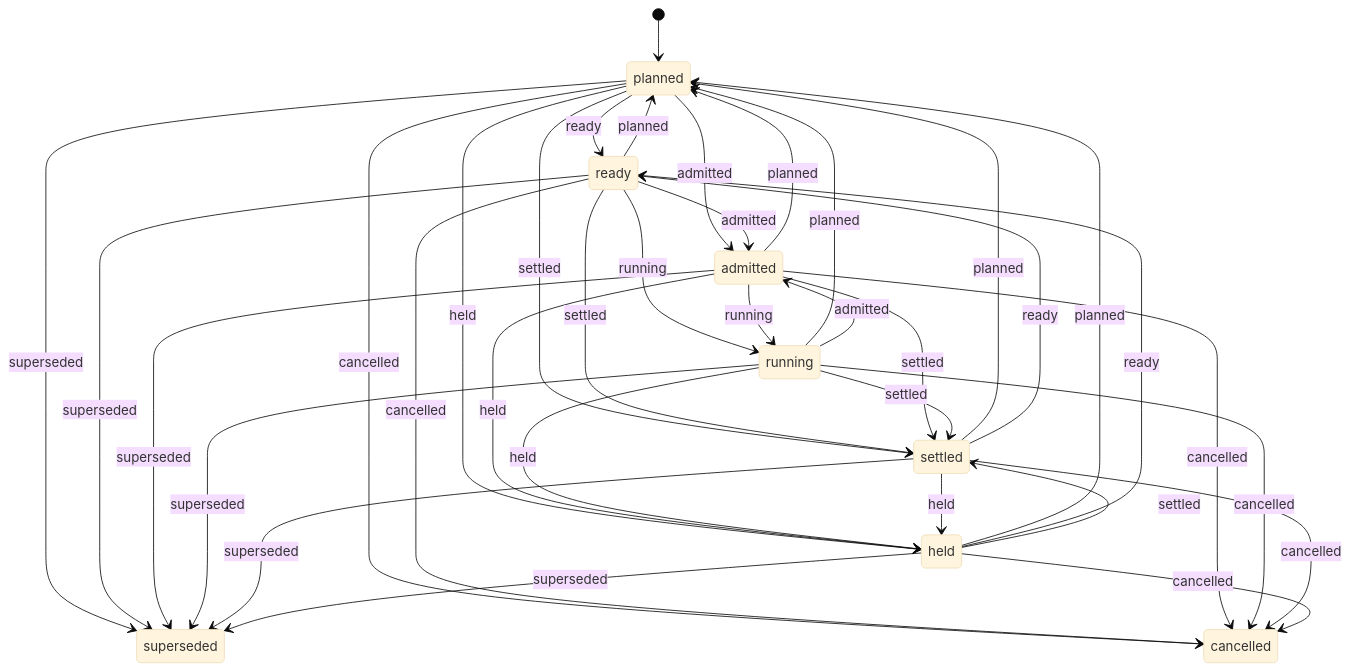
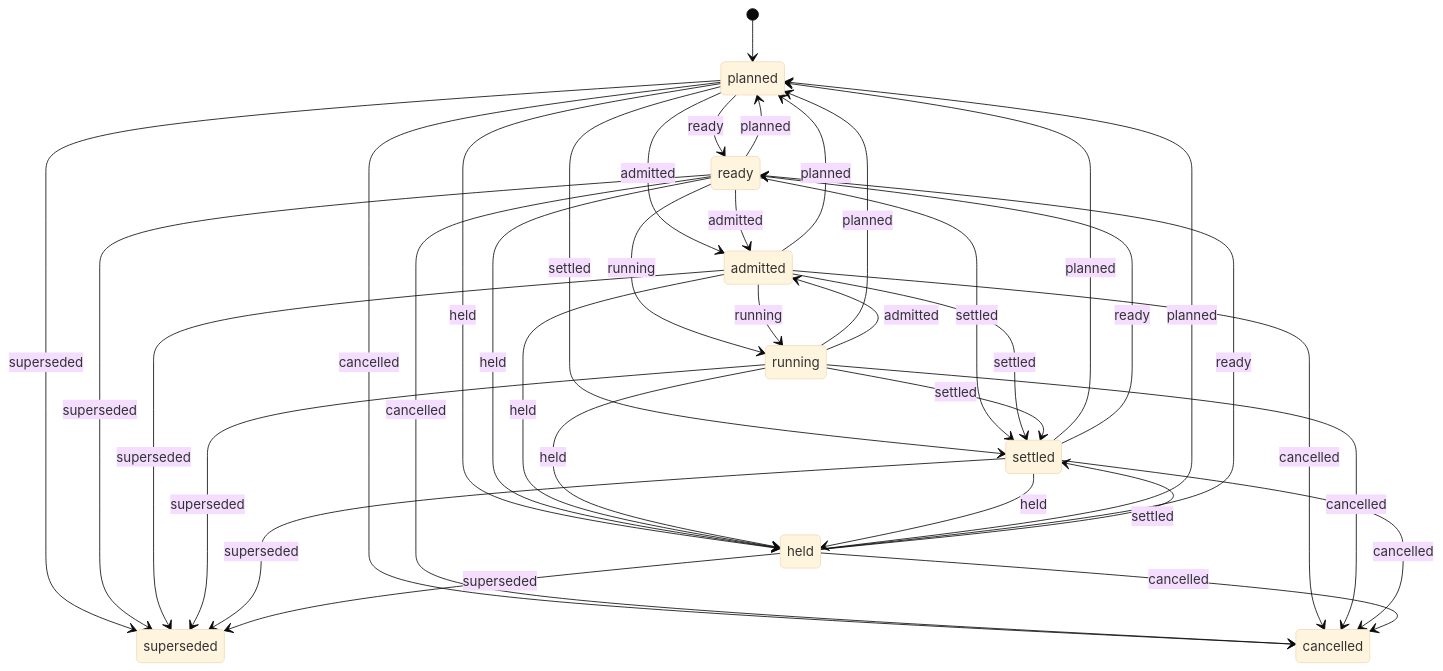
One commit to Caupulican/pi-adaptative changed the diagram in docs/machines/plan-node.md. Above: the diagram before and after it, drawn with Mermaid (base theme). The commit also changed 433 other files, not shown here.

````diff
--- a/docs/machines/plan-node.md
+++ b/docs/machines/plan-node.md
@@ -5,38 +5,39 @@
 ```mermaid
 stateDiagram-v2
 [*] --> planned
 planned --> ready : ready
 planned --> admitted : admitted
 planned --> settled : settled
 planned --> held : held
 planned --> superseded : superseded
 planned --> cancelled : cancelled
 ready --> planned : planned
 ready --> admitted : admitted
 ready --> running : running
 ready --> settled : settled
+ready --> held : held
 ready --> superseded : superseded
 ready --> cancelled : cancelled
 admitted --> planned : planned
 admitted --> running : running
 admitted --> settled : settled
 admitted --> held : held
 admitted --> superseded : superseded
 admitted --> cancelled : cancelled
 running --> planned : planned
 running --> admitted : admitted
 running --> settled : settled
 running --> held : held
 running --> superseded : superseded
 running --> cancelled : cancelled
 settled --> planned : planned
 settled --> ready : ready
 settled --> held : held
 settled --> superseded : superseded
 settled --> cancelled : cancelled
 held --> planned : planned
 held --> ready : ready
 held --> settled : settled
 held --> superseded : superseded
 held --> cancelled : cancelled
 ```
````
